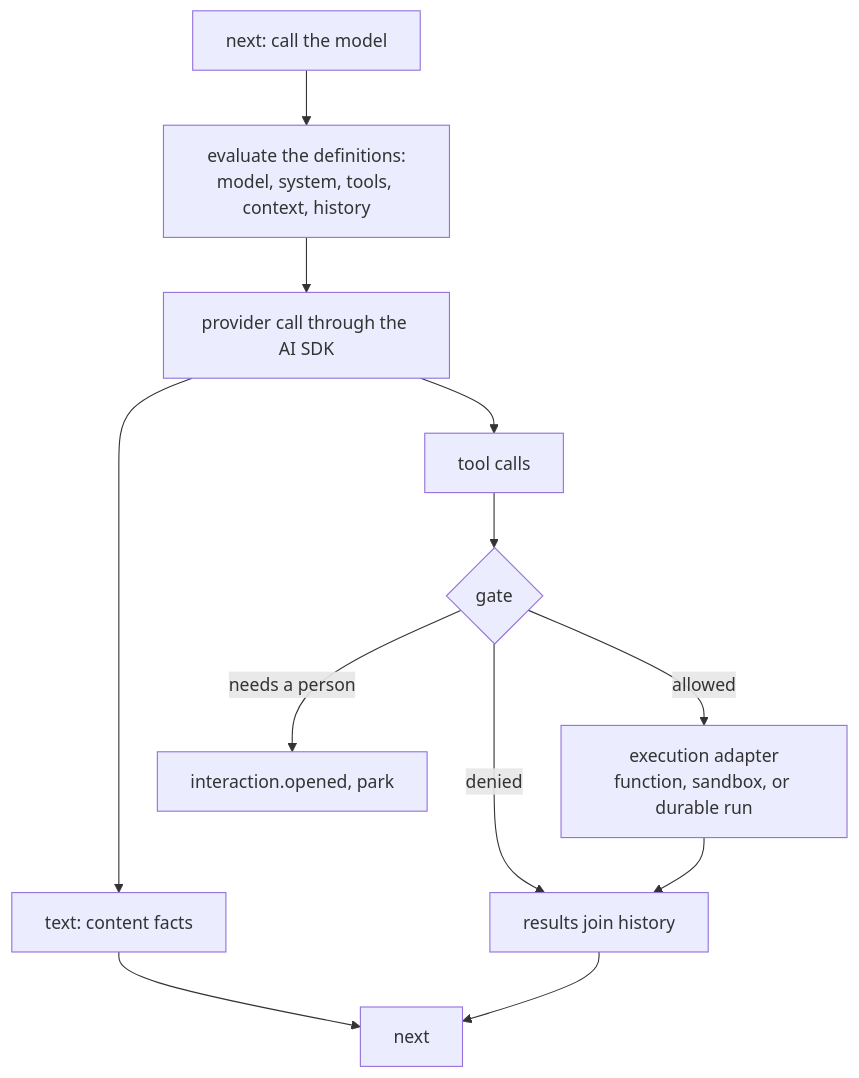
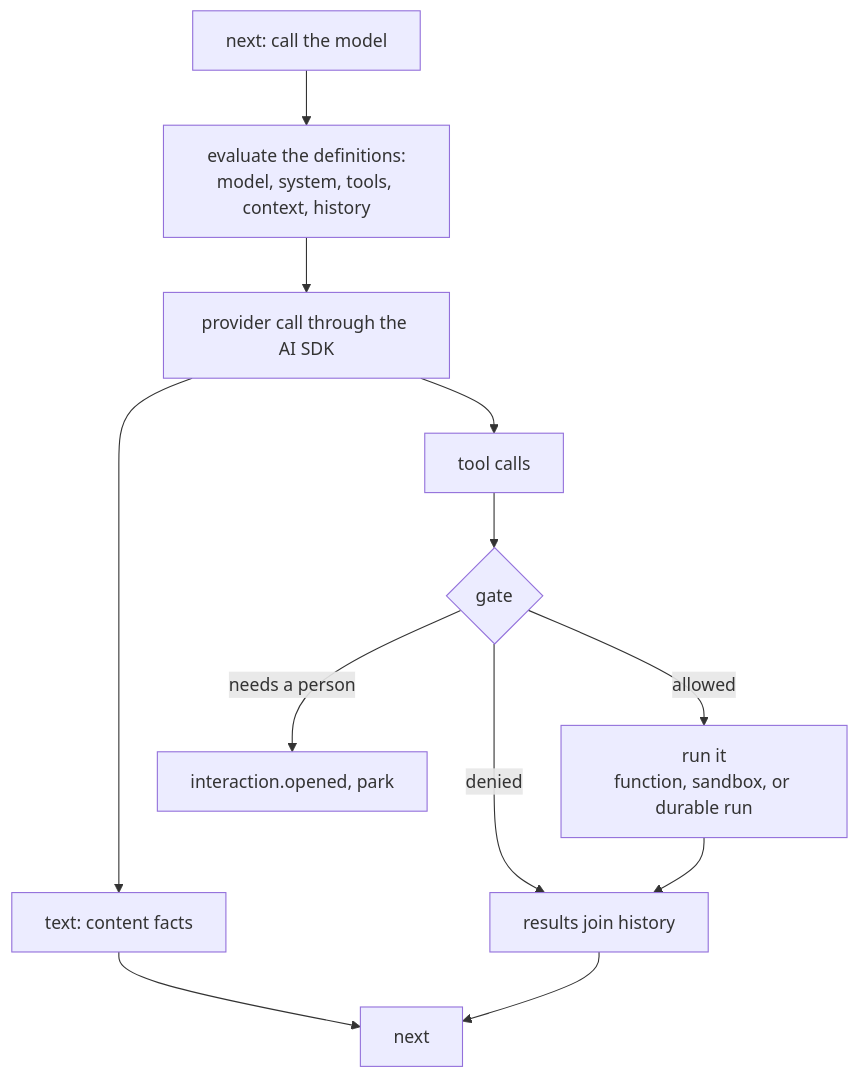
Before and after one commit to vercel/eve: the third of 4 diagrams in research/session-kernel.md, drawn with Mermaid. The commit also changed other lines of this file, not shown here.

````diff
--- a/research/session-kernel.md
+++ b/research/session-kernel.md
@@ -71,14 +506,14 @@
 ```mermaid
 flowchart TD
   Model["next: call the model"] --> Evaluate["evaluate the definitions:<br/>model, system, tools, context, history"]
   Evaluate --> Provider["provider call through the AI SDK"]
   Provider --> Text["text: content facts"]
   Provider --> Calls["tool calls"]
   Calls --> Gate{"gate"}
-  Gate -- allowed --> Adapter["execution adapter<br/>function, sandbox, or durable run"]
+  Gate -- allowed --> Run["run it<br/>function, sandbox, or durable run"]
   Gate -- needs a person --> Park["interaction.opened, park"]
   Gate -- denied --> History["results join history"]
-  Adapter --> History
+  Run --> History
   Text --> Next["next"]
   History --> Next
 ```
````
